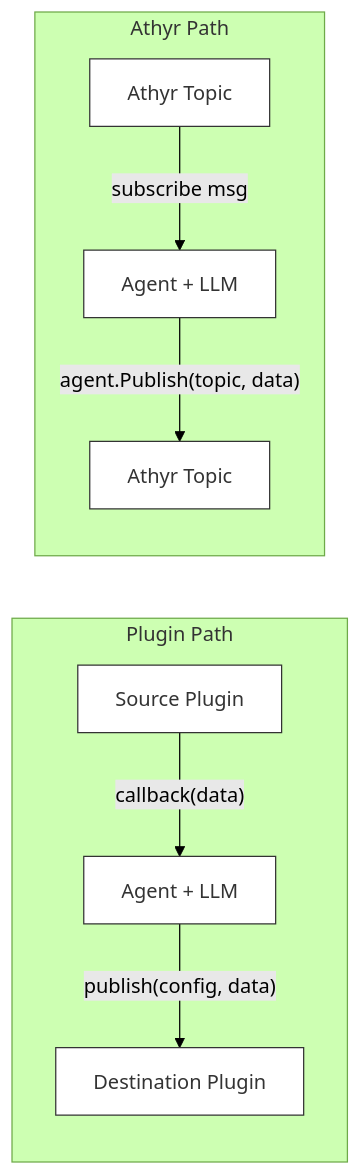
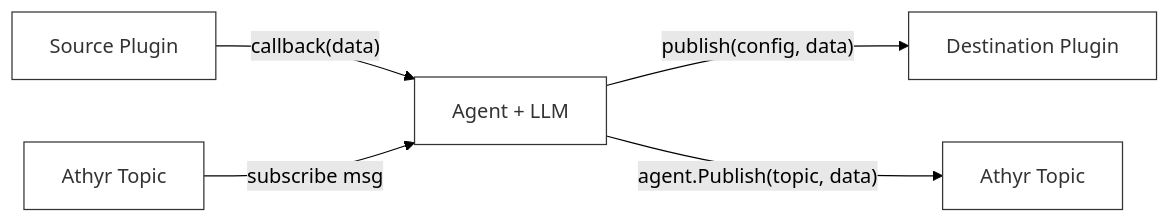
Before and after one commit to athyr-tech/athyr-agent: the diagram in docs/plugins.md, drawn with Mermaid (forest theme). The commit also changed other lines of this file and 6 other files, not shown here.

Commit message:
feat: add json-catalog plugin, mixed plugin/topic docs, and safe os functions in sandbox

````diff
--- a/docs/plugins.md
+++ b/docs/plugins.md
@@ -64,19 +64,13 @@
 ```mermaid
 graph LR
-    subgraph Plugin Path
-        SP["Source Plugin"] -->|"callback(data)"| A1["Agent + LLM"]
-        A1 -->|"publish(config, data)"| DP["Destination Plugin"]
-    end
-
-    subgraph Athyr Path
-        AT1["Athyr Topic"] -->|"subscribe msg"| A2["Agent + LLM"]
-        A2 -->|"agent.Publish(topic, data)"| AT2["Athyr Topic"]
-    end
+    SP["Source Plugin"] -->|"callback(data)"| A["Agent + LLM"]
+    AT1["Athyr Topic"] -->|"subscribe msg"| A
+    A -->|"publish(config, data)"| DP["Destination Plugin"]
+    A -->|"agent.Publish(topic, data)"| AT2["Athyr Topic"]
 
     style SP fill:#fff,stroke:#333,color:#333
-    style A1 fill:#fff,stroke:#333,color:#333
+    style A fill:#fff,stroke:#333,color:#333
     style DP fill:#fff,stroke:#333,color:#333
     style AT1 fill:#fff,stroke:#333,color:#333
-    style A2 fill:#fff,stroke:#333,color:#333
     style AT2 fill:#fff,stroke:#333,color:#333
 ```
````
